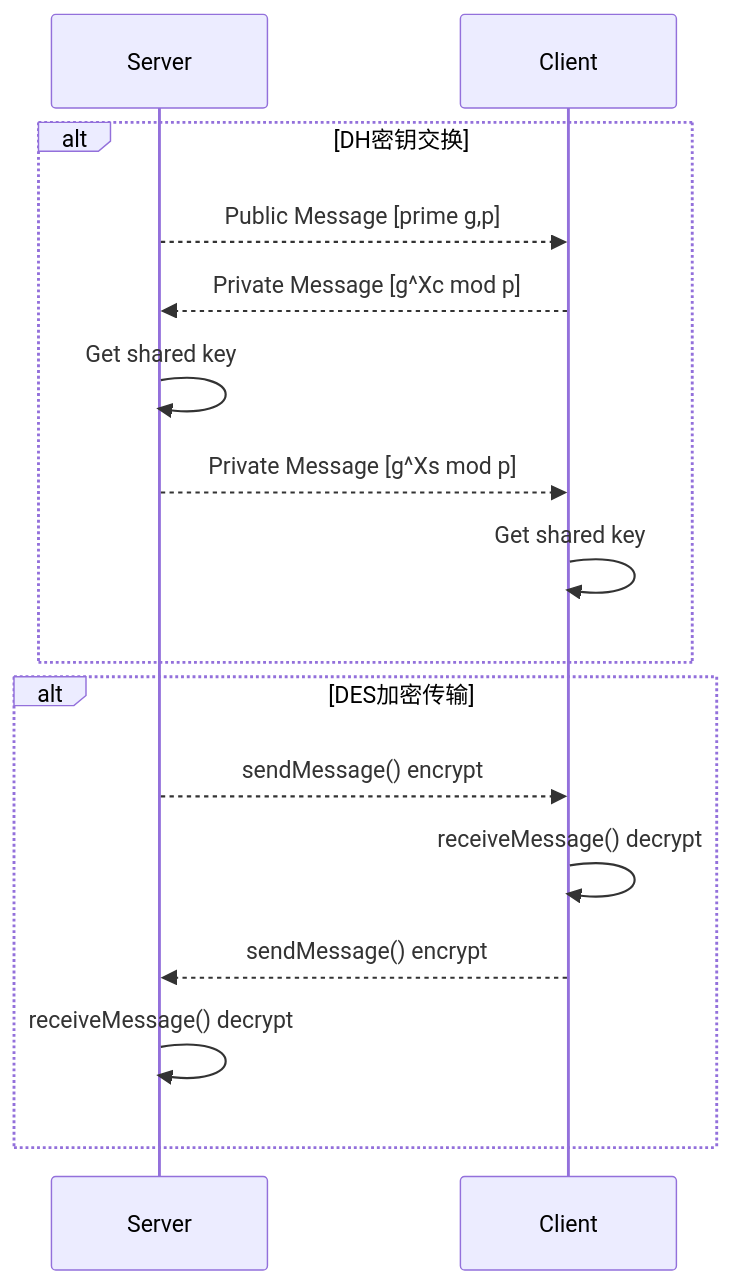
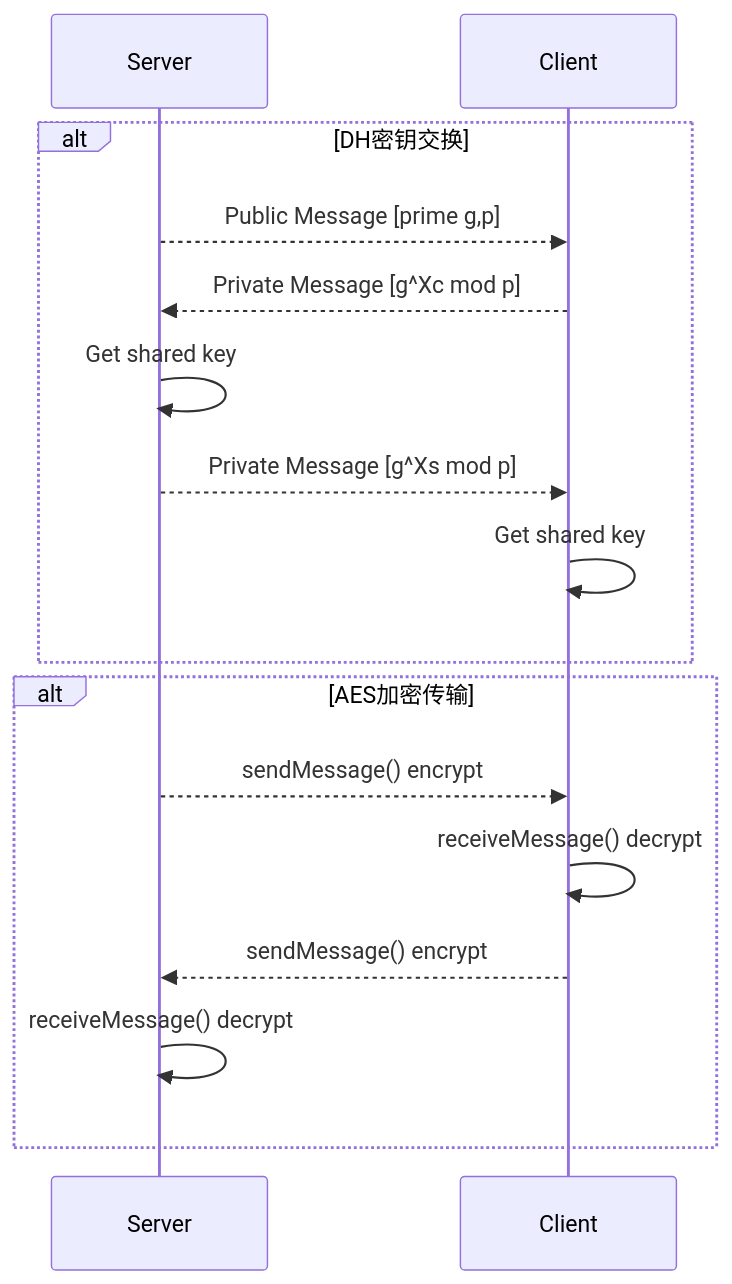
One commit to shesl-meow/TlsUdpProtocol changed the diagram in MermaidGraph/SecureSocket.mmd. Above: the diagram before and after it, drawn with Mermaid. The commit also changed 9 other files, not shown here.

```diff
--- a/MermaidGraph/SecureSocket.mmd
+++ b/MermaidGraph/SecureSocket.mmd
@@ -1,17 +1,17 @@
 sequenceDiagram
 
 participant Server; participant Client;
 
 alt DH密钥交换
     Server-->>Client: Public Message [prime g,p]
     Client-->>Server: Private Message [g^Xc mod p]
     Server->>Server: Get shared key
     Server-->>Client: Private Message [g^Xs mod p]
     Client->>Client: Get shared key
 end
-alt DES加密传输
+alt AES加密传输
 	Server-->>Client: sendMessage() encrypt
 	Client->>Client: receiveMessage() decrypt
 	Client-->>Server: sendMessage() encrypt
 	Server->>Server: receiveMessage() decrypt
 end
```
